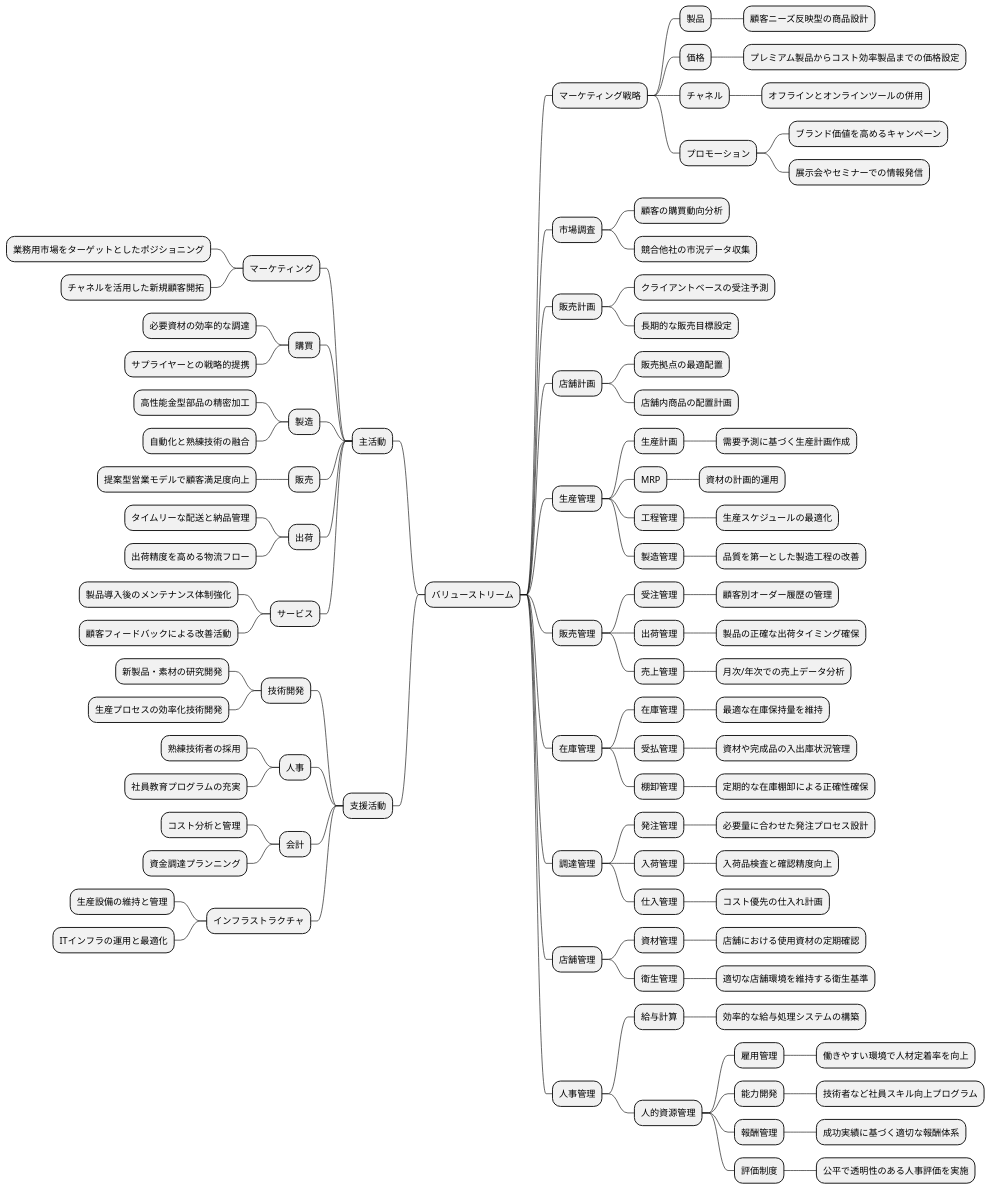
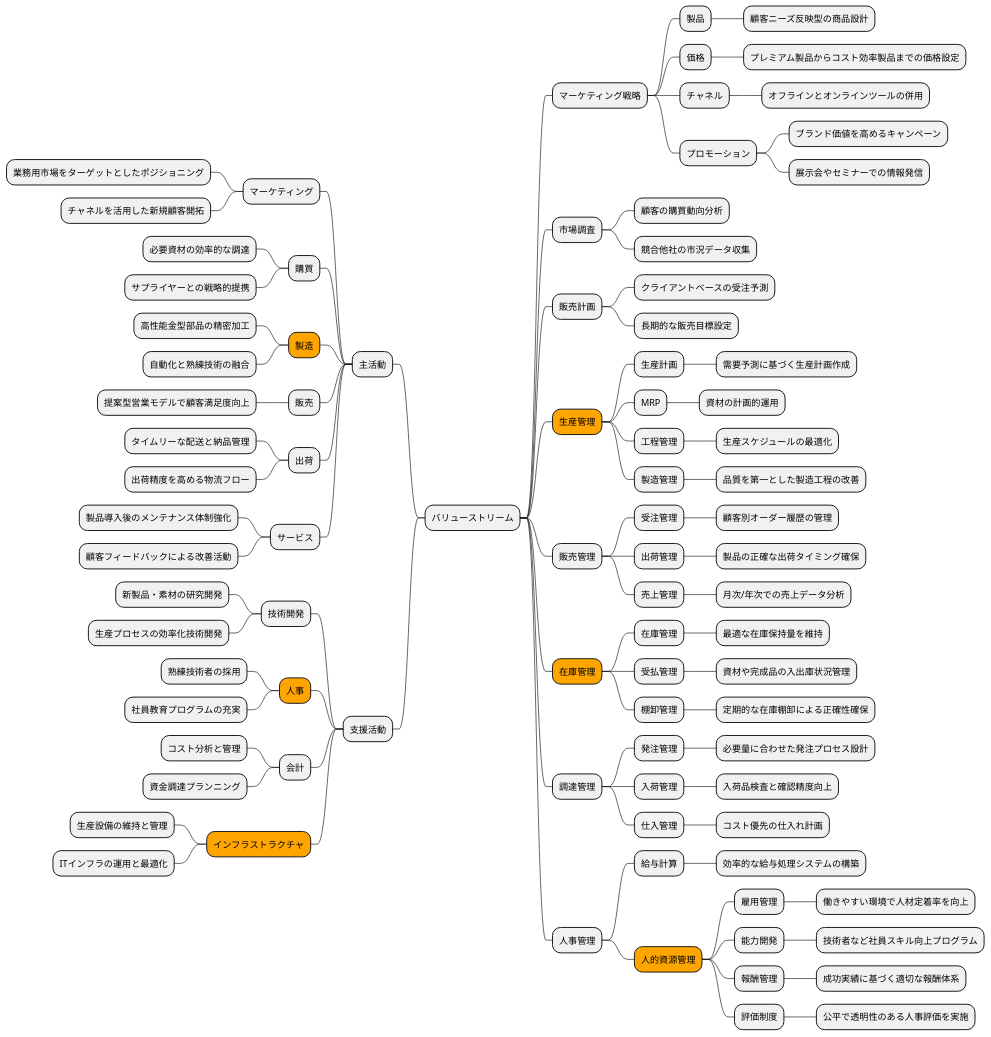
One commit to k2works/case-study-business-analysis changed diagram 12 of 19 in docs/case/r04_case_3.adoc. Above: the diagram before and after it, drawn with PlantUML. The commit also changed other lines of this file, not shown here.

```diff
--- a/docs/case/r04_case_3.adoc
+++ b/docs/case/r04_case_3.adoc
@@ -537,7 +787,7 @@
 *** 購買
 **** 必要資材の効率的な調達
 **** サプライヤーとの戦略的提携
-*** 製造
+***[#orange] 製造
 **** 高性能金型部品の精密加工
 **** 自動化と熟練技術の融合
 *** 販売
@@ -552,13 +802,13 @@
 *** 技術開発
 **** 新製品・素材の研究開発
 **** 生産プロセスの効率化技術開発
-*** 人事
+***[#orange] 人事
 **** 熟練技術者の採用
 **** 社員教育プログラムの充実
 *** 会計
 **** コスト分析と管理
 **** 資金調達プランニング
-*** インフラストラクチャ
+***[#orange] インフラストラクチャ
 **** 生産設備の維持と管理
 **** ITインフラの運用と最適化
 right side
@@ -578,10 +828,7 @@
 ** 販売計画
 *** クライアントベースの受注予測
 *** 長期的な販売目標設定
-** 店舗計画
-*** 販売拠点の最適配置
-*** 店舗内商品の配置計画
-** 生産管理
+**[#orange] 生産管理
 *** 生産計画
 **** 需要予測に基づく生産計画作成
 *** MRP
@@ -597,7 +844,7 @@
 **** 製品の正確な出荷タイミング確保
 *** 売上管理
 **** 月次/年次での売上データ分析
-** 在庫管理
+**[#orange] 在庫管理
 *** 在庫管理
 **** 最適な在庫保持量を維持
 *** 受払管理
@@ -611,15 +858,10 @@
 **** 入荷品検査と確認精度向上
 *** 仕入管理
 **** コスト優先の仕入れ計画
-** 店舗管理
-*** 資材管理
-**** 店舗における使用資材の定期確認
-*** 衛生管理
-**** 適切な店舗環境を維持する衛生基準
 ** 人事管理
 *** 給与計算
 **** 効率的な給与処理システムの構築
-*** 人的資源管理
+***[#orange] 人的資源管理
 **** 雇用管理
 ***** 働きやすい環境で人材定着率を向上
 **** 能力開発
```
